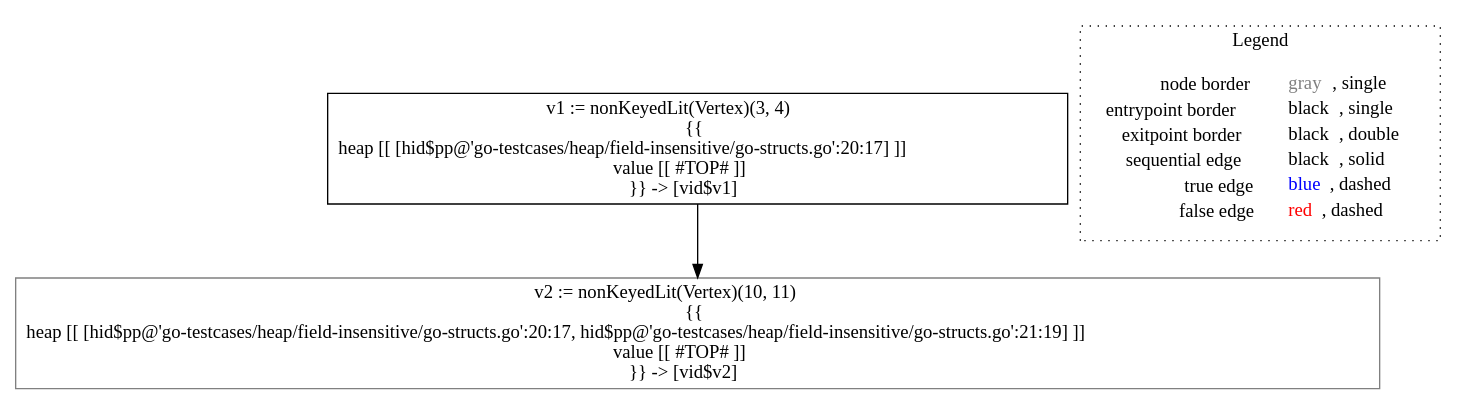
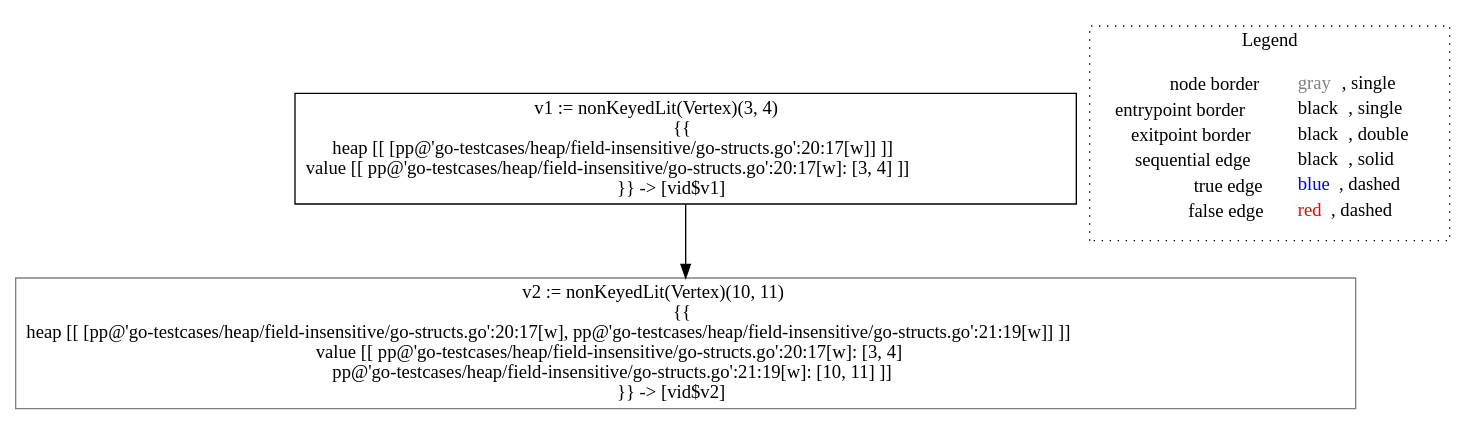
The diagram in go-lisa/go-testcases/heap/field-insensitive/analysis___untyped_~LiSAProgram.alloc().dot (lisa-analyzer/go-lisa), drawn with Graphviz before and after one commit. The commit also changed 21 other files, not shown here.

```diff
--- a/go-lisa/go-testcases/heap/field-insensitive/analysis___untyped_~LiSAProgram.alloc().dot
+++ b/go-lisa/go-testcases/heap/field-insensitive/analysis___untyped_~LiSAProgram.alloc().dot
@@ -1,12 +1,12 @@
 digraph {
-	"node0" [shape="rect",color="black",label=<v1 := nonKeyedLit(Vertex)(3, 4)<BR/>{{<BR/>heap [[ [hid$pp@'go-testcases/heap/field-insensitive/go-structs.go':20:17] ]]<BR/>value [[ #TOP# ]]<BR/>}} -&gt; [vid$v1]>];
-	"node1" [shape="rect",color="gray",label=<v2 := nonKeyedLit(Vertex)(10, 11)<BR/>{{<BR/>heap [[ [hid$pp@'go-testcases/heap/field-insensitive/go-structs.go':20:17, hid$pp@'go-testcases/heap/field-insensitive/go-structs.go':21:19] ]]<BR/>value [[ #TOP# ]]<BR/>}} -&gt; [vid$v2]>];
+	"node0" [shape="rect",color="black",label=<v1 := nonKeyedLit(Vertex)(3, 4)<BR/>{{<BR/>heap [[ [pp@'go-testcases/heap/field-insensitive/go-structs.go':20:17[w]] ]]<BR/>value [[ pp@'go-testcases/heap/field-insensitive/go-structs.go':20:17[w]: [3, 4] ]]<BR/>}} -&gt; [vid$v1]>];
+	"node1" [shape="rect",color="gray",label=<v2 := nonKeyedLit(Vertex)(10, 11)<BR/>{{<BR/>heap [[ [pp@'go-testcases/heap/field-insensitive/go-structs.go':20:17[w], pp@'go-testcases/heap/field-insensitive/go-structs.go':21:19[w]] ]]<BR/>value [[ pp@'go-testcases/heap/field-insensitive/go-structs.go':20:17[w]: [3, 4]<BR/>pp@'go-testcases/heap/field-insensitive/go-structs.go':21:19[w]: [10, 11] ]]<BR/>}} -&gt; [vid$v2]>];
 	"node0" -> "node1" [color="black"];
 subgraph cluster_legend {
 	label="Legend";
 	style=dotted;
 	node [shape=plaintext];
 	"legend" [label=<<table border="0" cellpadding="2" cellspacing="0" cellborder="0"><tr><td align="right">node border&nbsp;</td><td align="left"><font color="gray">gray</font>, single</td></tr><tr><td align="right">entrypoint border&nbsp;</td><td align="left"><font color="black">black</font>, single</td></tr><tr><td align="right">exitpoint border&nbsp;</td><td align="left"><font color="black">black</font>, double</td></tr><tr><td align="right">sequential edge&nbsp;</td><td align="left"><font color="black">black</font>, solid</td></tr><tr><td align="right">true edge&nbsp;</td><td align="left"><font color="blue">blue</font>, dashed</td></tr><tr><td align="right">false edge&nbsp;</td><td align="left"><font color="red">red</font>, dashed</td></tr></table>>];
 }
 
 }
```
